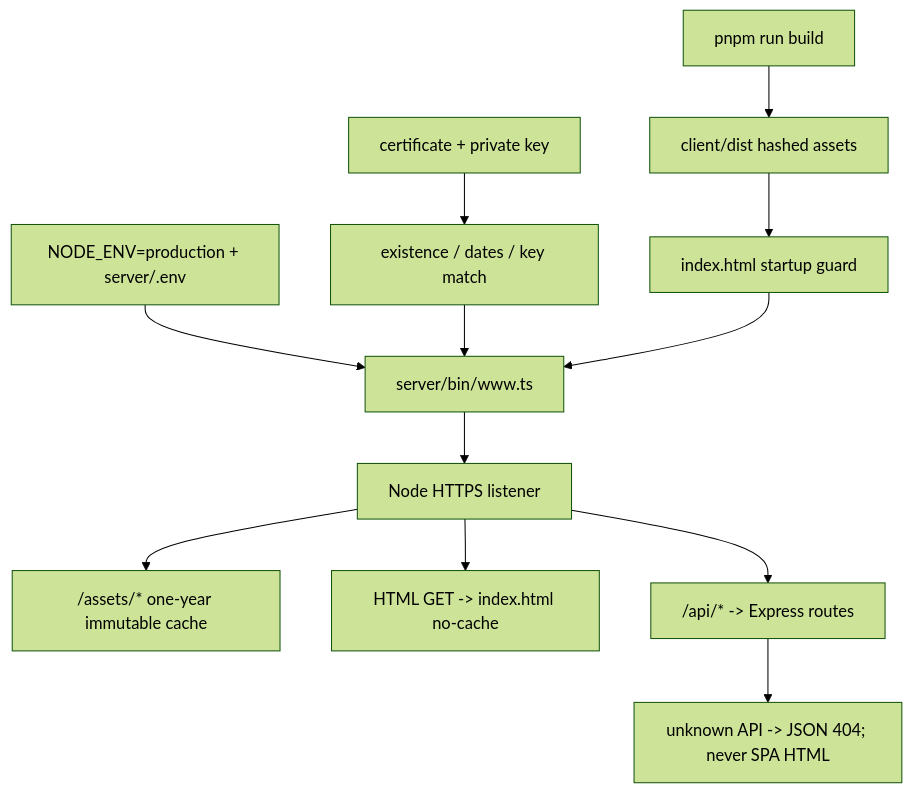
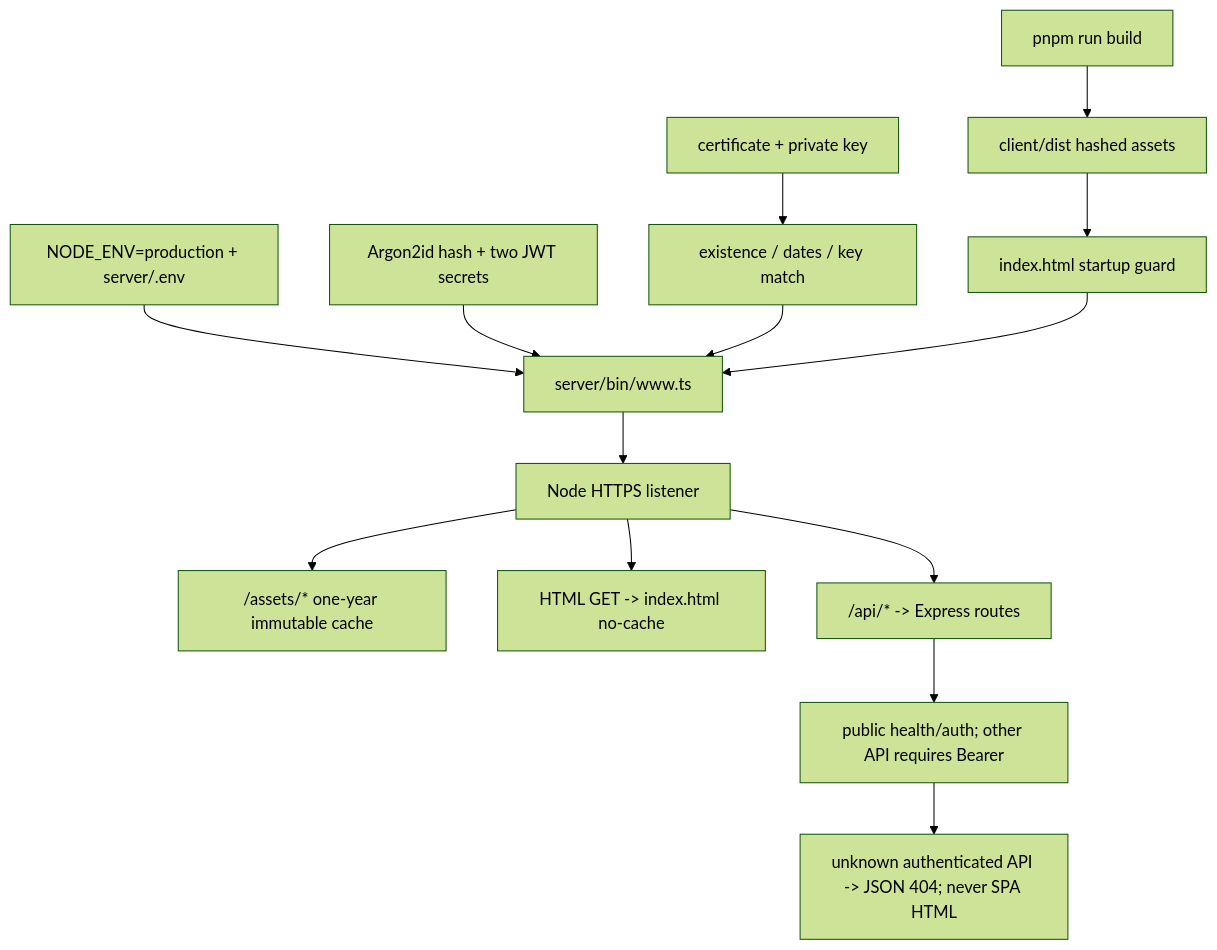
One commit to imingsmings/chatbot-dev changed the second of 9 diagrams in docs/architecture.md. Above: the diagram before and after it, drawn with Mermaid (forest theme). The commit also changed other lines of this file and 69 other files, not shown here.

First line of the commit message:
feat(auth): add single-user jwt authentication

````diff
--- a/docs/architecture.md
+++ b/docs/architecture.md
@@ -111,13 +126,15 @@
 ```mermaid
 flowchart TD
   Build["pnpm run build"] --> Dist["client/dist hashed assets"]
   Env["NODE_ENV=production + server/.env"] --> Boot["server/bin/www.ts"]
+  AuthConfig["Argon2id hash + two JWT secrets"] --> Boot
   Cert["certificate + private key"] --> Validate["existence / dates / key match"]
   Validate --> Boot
   Dist --> Guard["index.html startup guard"] --> Boot
   Boot --> HTTPS["Node HTTPS listener"]
   HTTPS --> Assets["/assets/* one-year immutable cache"]
   HTTPS --> Index["HTML GET -> index.html no-cache"]
   HTTPS --> API["/api/* -> Express routes"]
-  API --> Missing["unknown API -> JSON 404; never SPA HTML"]
+  API --> AuthGate["public health/auth; other API requires Bearer"]
+  AuthGate --> Missing["unknown authenticated API -> JSON 404; never SPA HTML"]
 ```
````
